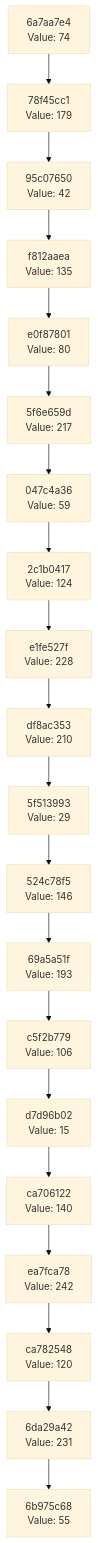
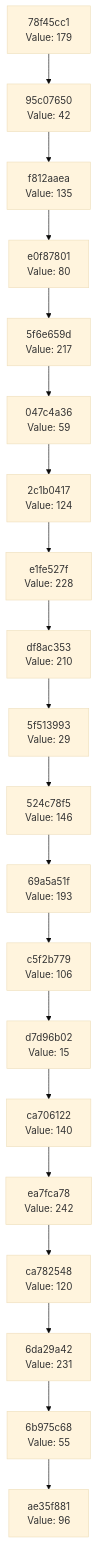
One commit to Abhisheksinha1506/hash-chain-evolver changed the diagram in docs/CHAIN_VISUALIZATION.md. Above: the diagram before and after it, drawn with Mermaid (base theme). The commit also changed 3 other files, not shown here.

````diff
--- a/docs/CHAIN_VISUALIZATION.md
+++ b/docs/CHAIN_VISUALIZATION.md
@@ -3,42 +3,42 @@
 ```mermaid
 graph TD
-    C0["6b975c68<br/>Value: 55"]
-    C1["6da29a42<br/>Value: 231"]
+    C0["ae35f881<br/>Value: 96"]
+    C1["6b975c68<br/>Value: 55"]
     C1 --> C0
-    C2["ca782548<br/>Value: 120"]
+    C2["6da29a42<br/>Value: 231"]
     C2 --> C1
-    C3["ea7fca78<br/>Value: 242"]
+    C3["ca782548<br/>Value: 120"]
     C3 --> C2
-    C4["ca706122<br/>Value: 140"]
+    C4["ea7fca78<br/>Value: 242"]
     C4 --> C3
-    C5["d7d96b02<br/>Value: 15"]
+    C5["ca706122<br/>Value: 140"]
     C5 --> C4
-    C6["c5f2b779<br/>Value: 106"]
+    C6["d7d96b02<br/>Value: 15"]
     C6 --> C5
-    C7["69a5a51f<br/>Value: 193"]
+    C7["c5f2b779<br/>Value: 106"]
     C7 --> C6
-    C8["524c78f5<br/>Value: 146"]
+    C8["69a5a51f<br/>Value: 193"]
     C8 --> C7
-    C9["5f513993<br/>Value: 29"]
+    C9["524c78f5<br/>Value: 146"]
     C9 --> C8
-    C10["df8ac353<br/>Value: 210"]
+    C10["5f513993<br/>Value: 29"]
     C10 --> C9
-    C11["e1fe527f<br/>Value: 228"]
+    C11["df8ac353<br/>Value: 210"]
     C11 --> C10
-    C12["2c1b0417<br/>Value: 124"]
+    C12["e1fe527f<br/>Value: 228"]
     C12 --> C11
-    C13["047c4a36<br/>Value: 59"]
+    C13["2c1b0417<br/>Value: 124"]
     C13 --> C12
-    C14["5f6e659d<br/>Value: 217"]
+    C14["047c4a36<br/>Value: 59"]
     C14 --> C13
-    C15["e0f87801<br/>Value: 80"]
+    C15["5f6e659d<br/>Value: 217"]
     C15 --> C14
-    C16["f812aaea<br/>Value: 135"]
+    C16["e0f87801<br/>Value: 80"]
     C16 --> C15
-    C17["95c07650<br/>Value: 42"]
+    C17["f812aaea<br/>Value: 135"]
     C17 --> C16
-    C18["78f45cc1<br/>Value: 179"]
+    C18["95c07650<br/>Value: 42"]
     C18 --> C17
-    C19["6a7aa7e4<br/>Value: 74"]
+    C19["78f45cc1<br/>Value: 179"]
     C19 --> C18
 ```
````
